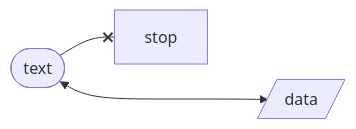
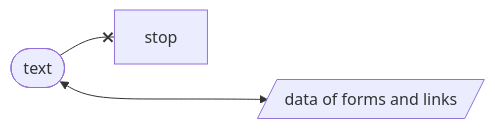
One commit to johanna-herrmann/mermaider changed the diagram in test/fixtures/forms-and-links.md. Above: the diagram before and after it, drawn with Mermaid. The commit also changed 4 other files, not shown here.

````diff
--- a/test/fixtures/forms-and-links.md
+++ b/test/fixtures/forms-and-links.md
@@ -1,5 +1,5 @@
 ```mermaid
 graph LR;
-  A([text]) <---> B[/data/]
+  A([text]) <---> B[/data of forms and links/]
   A --x stop
 ```
````
